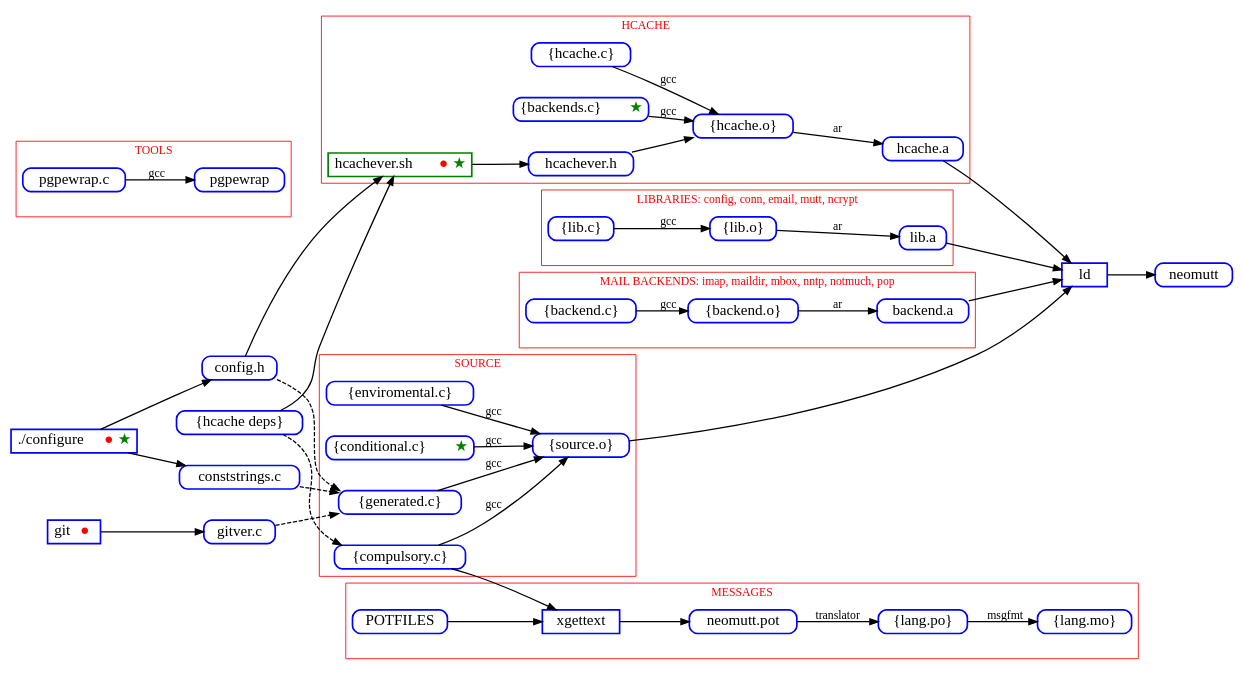
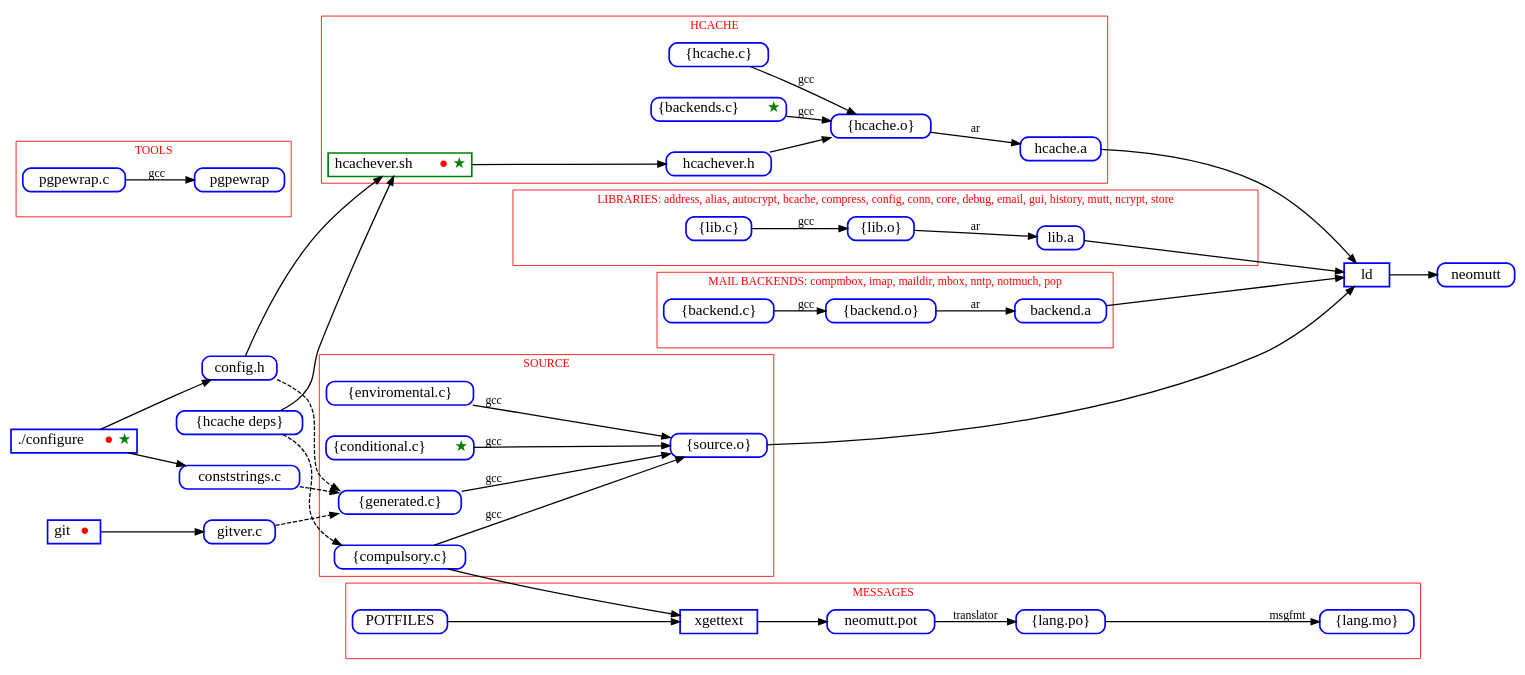
One commit to neomutt/neomutt.github.io changed the diagram in images/make-code.gv. Above: the diagram before and after it, drawn with Graphviz. The commit also changed other lines of this file and 3 other files, not shown here.

Commit message:
update build diagrams

```diff
--- a/images/make-code.gv
+++ b/images/make-code.gv
@@ -1,141 +1,141 @@
 digraph build {
 	graph [
 		rankdir="LR"
 		nodesep="0.5"
 		ranksep="0.3"
 	];
 
 	node [
 		shape="Mrecord"
 		style="solid"
 		height="0.2"
 		penwidth="2.0"
 		color="blue"
 		fontcolor="black"
 		fontsize="18"
 	];
 
 	edge [
 		penwidth="1.5"
 		color="#000000"
 		arrowsize="1.0"
 	];
 
 
 	config_h         [ label="config.h"            ]
 	conststrings_c   [ label="conststrings.c"      ]
 	gitver_c         [ label="gitver.c"            ]
 	mutt_h           [ label="\{hcache deps\}"     ]
 
 	dot_configure [ label=<./configure <font color="red">●</font><font color="green">★</font>> shape="box" ]
 	git           [ label=<git <font color="red">●</font>> shape="box" ]
 	ld_mutt       [ label="ld" shape="box" ]
 
 	lots_obj -> ld_mutt
 	ld_mutt -> neomutt
 
 	dot_configure -> config_h
 	config_h -> generated [ style="dashed" ]
 
 	dot_configure -> conststrings_c
 	conststrings_c -> generated [ style="dashed" ]
 
 	git -> gitver_c
 	gitver_c -> generated [ style="dashed" ]
 
 	config_h -> hcachever_sh
 	mutt_h -> hcachever_sh
 	mutt_h -> compulsory [ style="dashed" ]
 
 	subgraph cluster_libraries {
 		fontcolor="red"
-		label="LIBRARIES: config, conn, email, mutt, ncrypt"
+		label="LIBRARIES: address, alias, autocrypt, bcache, compress, config, conn, core, debug, email, gui, history, mutt, ncrypt, store"
 		color="#ff0000"
 
 		lots_lib_c [ label="\{lib.c\}" ]
 		lots_lib_o [ label="\{lib.o\}" ]
 		lib_a      [ label="lib.a" ]
 
 		lots_lib_c -> lots_lib_o [ label="gcc" ]
 		lots_lib_o -> lib_a      [ label="ar" ]
 	}
 
 	subgraph cluster_backends {
 		fontcolor="red"
-		label="MAIL BACKENDS: imap, maildir, mbox, nntp, notmuch, pop"
+		label="MAIL BACKENDS: compmbox, imap, maildir, mbox, nntp, notmuch, pop"
 		color="#ff0000"
 
 		lots_backend_c [ label="\{backend.c\}" ]
 		lots_backend_o [ label="\{backend.o\}" ]
 		backend_a      [ label="backend.a"  ]
 
 		lots_backend_c -> lots_backend_o [ label="gcc" ]
 		lots_backend_o -> backend_a      [ label="ar" ]
 	}
 
 	subgraph cluster_hcache {
 		fontcolor="red"
 		label="HCACHE"
 		color="#ff0000"
 
 		lots_hcache_c [ label="\{hcache.c\}"                                                                                  ]
 		lots_hcache_o [ label="\{hcache.o\}"                                                                                  ]
 		backends_c    [ label=<\{backends.c\} <font color="green">★</font>>                                                   ]
 		hcachever_h   [ label="hcachever.h"                                                                                   ]
 		hcachever_sh  [ label=<hcachever.sh <font color="red">●</font><font color="green">★</font>> color="green" shape="box" ]
-		hcache_a      [ label="hcache.a"                                                                                   ]
+		hcache_a      [ label="hcache.a"                                                                                      ]
 
 		hcachever_sh  -> hcachever_h
 		hcachever_h   -> lots_hcache_o
 		backends_c    -> lots_hcache_o [ label="gcc" ]
 		lots_hcache_c -> lots_hcache_o [ label="gcc" ]
 		lots_hcache_o -> hcache_a      [ label="ar"  ]
 	}
 
 	subgraph cluster_source {
 		fontcolor="red"
 		label="SOURCE"
 		color="#ff0000"
 
 		compulsory   [ label="\{compulsory.c\}"                               ]
 		conditional  [ label=<\{conditional.c\} <font color="green">★</font>> ]
 		enviromental [ label="\{enviromental.c\}"                             ]
 		generated    [ label="\{generated.c\}"                                ]
 		lots_obj     [ label="\{source.o\}"                                   ]
 
 		compulsory   -> lots_obj [ label="gcc" ]
 		conditional  -> lots_obj [ label="gcc" ]
 		enviromental -> lots_obj [ label="gcc" ]
 		generated    -> lots_obj [ label="gcc" ]
 	}
 
 	subgraph cluster_messages {
 		fontcolor="red"
 		label="MESSAGES"
 		color="#ff0000"
 
 		lots_mo          [ label="\{lang.mo\}"          ]
 		lots_po          [ label="\{lang.po\}"          ]
-		neomutt_pot      [ label="neomutt.pot"             ]
+		neomutt_pot      [ label="neomutt.pot"          ]
 		xgettext         [ label="xgettext" shape="box" ]
 
 		POTFILES         -> xgettext
 		compulsory       -> xgettext
 		xgettext         -> neomutt_pot
 		neomutt_pot      -> lots_po [ label="translator" ]
 		lots_po          -> lots_mo [ label="msgfmt" ]
 	}
 
 	subgraph cluster_tools {
 		fontcolor="red"
 		label="TOOLS"
 		color="#ff0000"
 
 		pgpewrap_src [ label="pgpewrap.c" ]
 		pgpewrap_src -> pgpewrap [ label="gcc" ]
 	}
 
-	hcache_a -> ld_mutt
-	lib_a -> ld_mutt
+	hcache_a  -> ld_mutt
+	lib_a     -> ld_mutt
 	backend_a -> ld_mutt
 }
```
